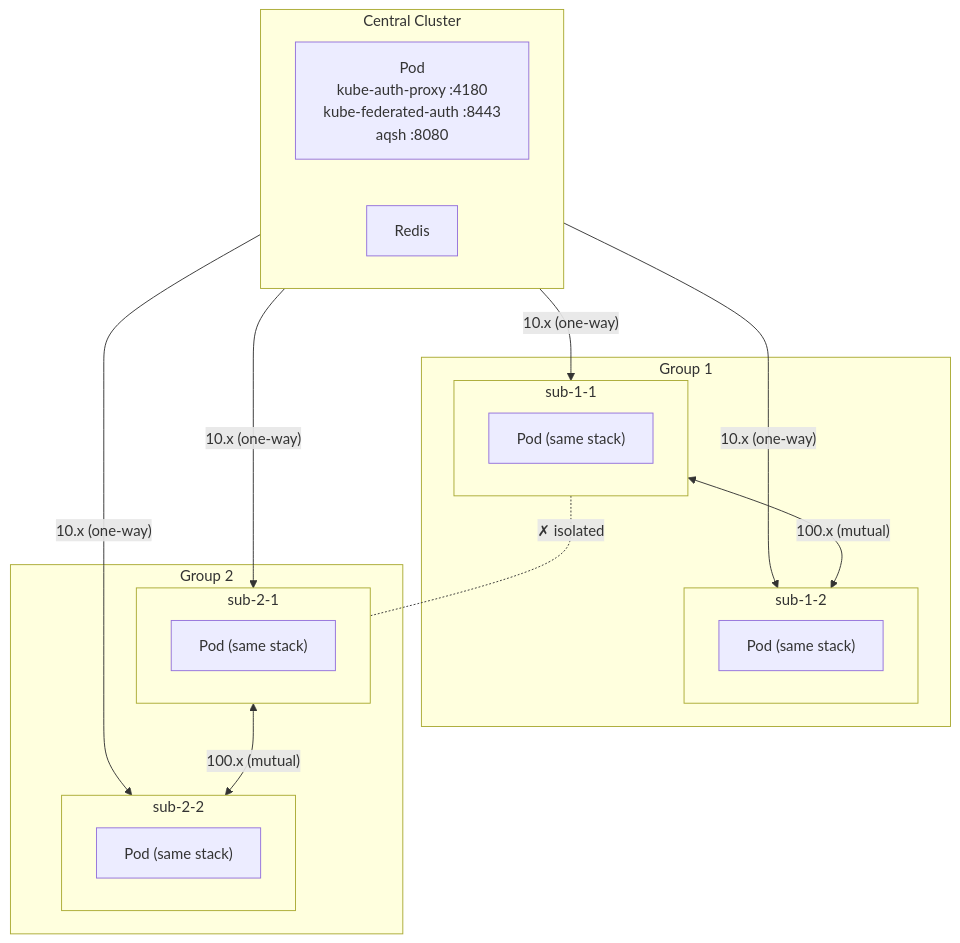
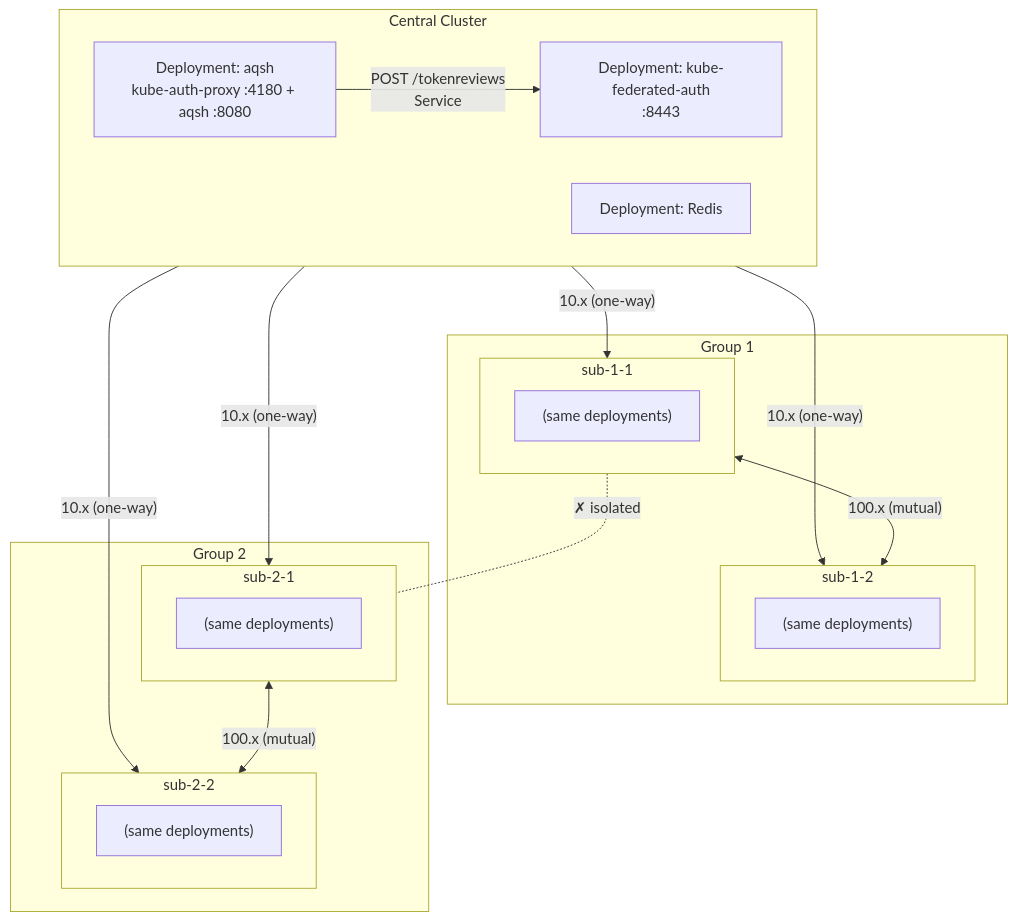
Before and after one commit to i7ppBeer/kube-federated-auth-aqsh: the first of 3 diagrams in README_SIMPLE.md, drawn with Mermaid. The commit also changed other lines of this file and 9 other files, not shown here.

Commit message:
refactor: split into independent Deployments, add aqsh-with-proxy example

````diff
--- a/README_SIMPLE.md
+++ b/README_SIMPLE.md
@@ -44,35 +61,37 @@
 ```mermaid
 graph TD
     subgraph central["Central Cluster"]
-        C_POD["Pod\nkube-auth-proxy :4180\nkube-federated-auth :8443\naqsh :8080"]
-        C_REDIS["Redis"]
+        C_KFA["Deployment: kube-federated-auth\n:8443"]
+        C_AQSH["Deployment: aqsh\nkube-auth-proxy :4180 + aqsh :8080"]
+        C_REDIS["Deployment: Redis"]
+        C_AQSH -->|"POST /tokenreviews\nService"| C_KFA
     end
 
     subgraph group1["Group 1"]
         subgraph sub11["sub-1-1"]
-            S11_POD["Pod (same stack)"]
+            S11["(same deployments)"]
         end
         subgraph sub12["sub-1-2"]
-            S12_POD["Pod (same stack)"]
+            S12["(same deployments)"]
         end
     end
 
     subgraph group2["Group 2"]
         subgraph sub21["sub-2-1"]
-            S21_POD["Pod (same stack)"]
+            S21["(same deployments)"]
         end
         subgraph sub22["sub-2-2"]
-            S22_POD["Pod (same stack)"]
+            S22["(same deployments)"]
         end
     end
 
     central -->|"10.x (one-way)"| sub11
     central -->|"10.x (one-way)"| sub12
     central -->|"10.x (one-way)"| sub21
     central -->|"10.x (one-way)"| sub22
 
     sub11 <-->|"100.x (mutual)"| sub12
     sub21 <-->|"100.x (mutual)"| sub22
 
     sub11 -. "✗ isolated" .- sub21
 ```
````
